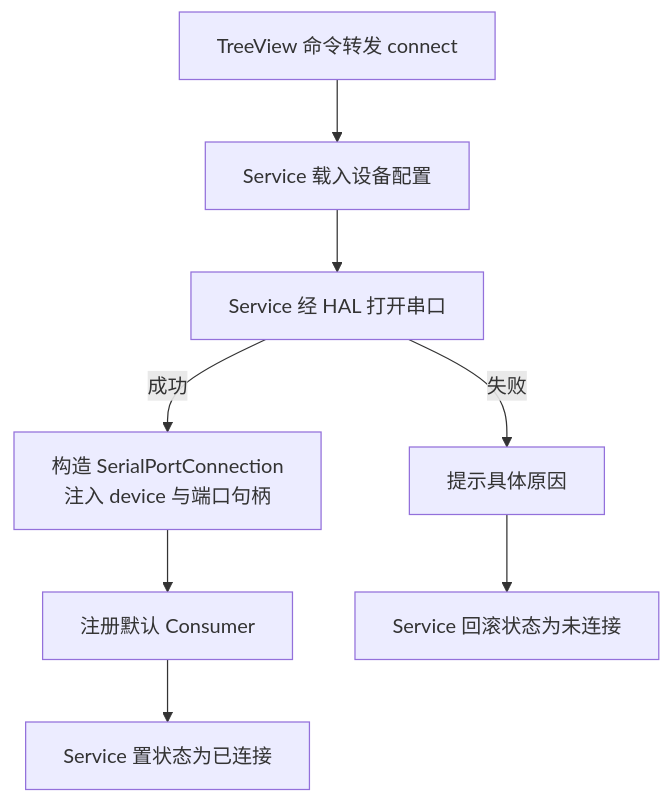
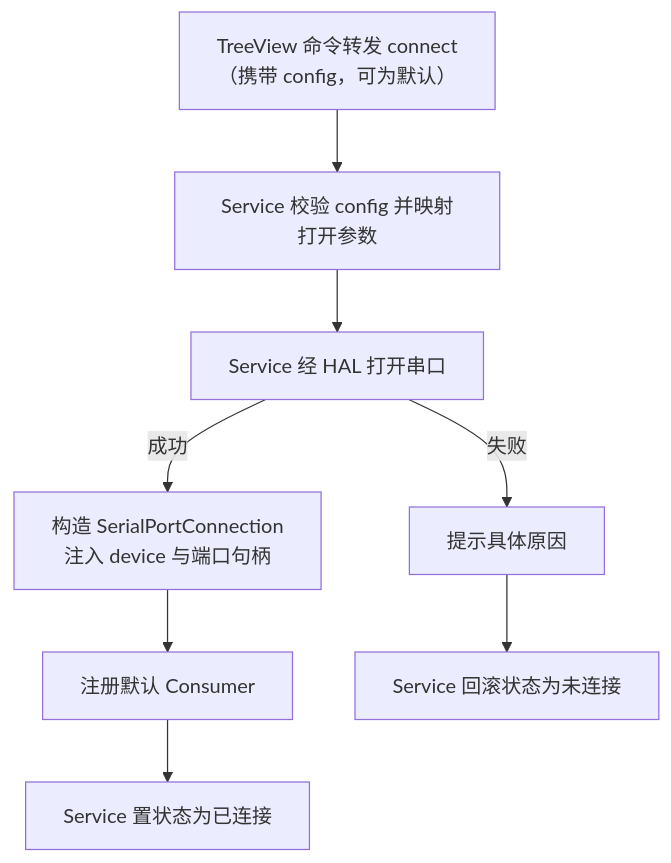
One commit to ziqiang-zhu/vscode-serial-port-terminal changed the second of 3 diagrams in doc/SerialPortConnection设计.md. Above: the diagram before and after it, drawn with Mermaid. The commit also changed other lines of this file and 12 other files, not shown here.

````diff
--- a/doc/SerialPortConnection设计.md
+++ b/doc/SerialPortConnection设计.md
@@ -65,10 +65,10 @@
 ```mermaid
 flowchart TD
-    A[TreeView 命令转发 connect] --> B[Service 载入设备配置]
+    A[TreeView 命令转发 connect\n（携带 config，可为默认）] --> B[Service 校验 config 并映射打开参数]
     B --> C[Service 经 HAL 打开串口]
     C -->|成功| D[构造 SerialPortConnection\n注入 device 与端口句柄]
     D --> E[注册默认 Consumer]
     E --> F[Service 置状态为已连接]
     C -->|失败| G[提示具体原因]
     G --> H[Service 回滚状态为未连接]
 ```
````
